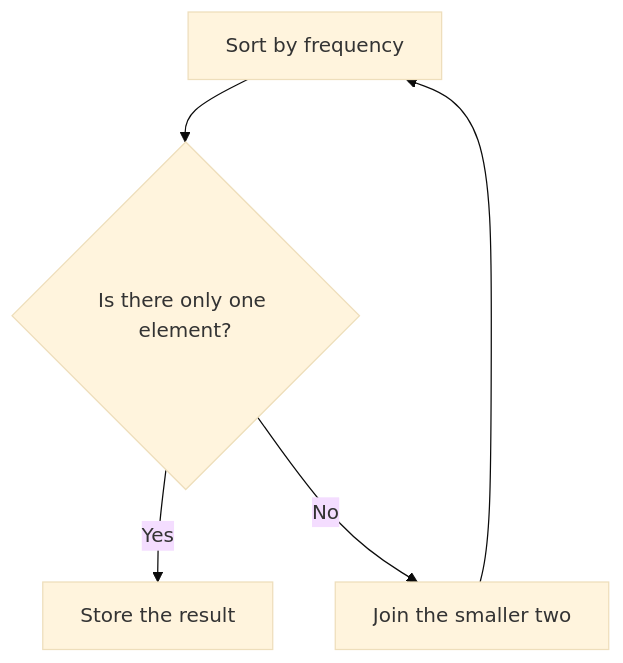
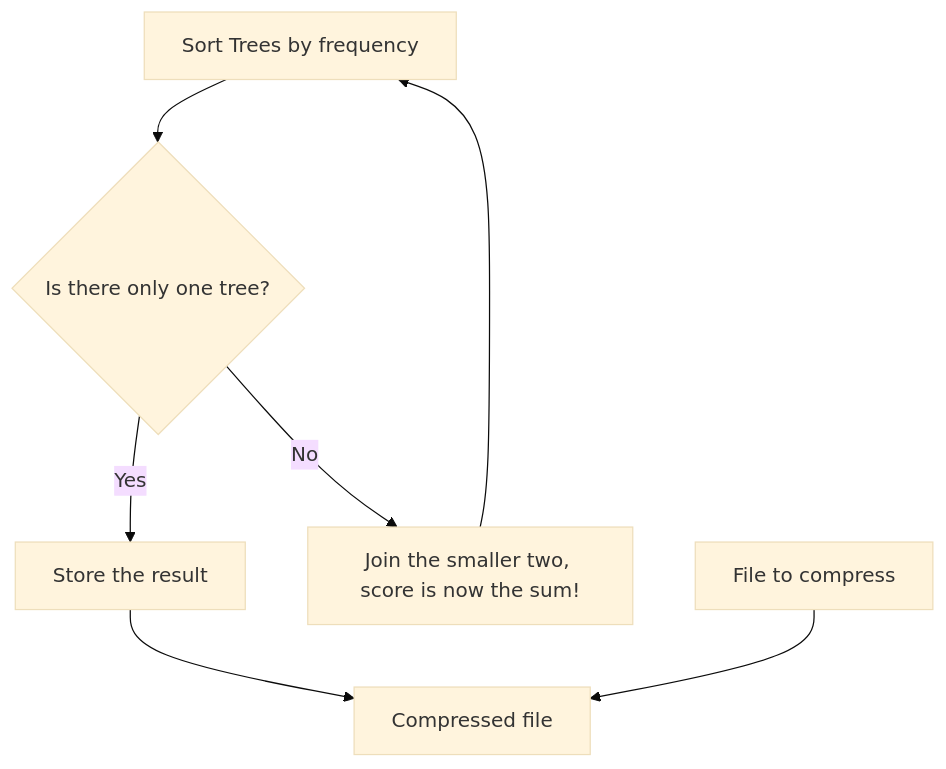
Before and after one commit to germaneagle0/Huffman-Algorithm: the diagram in README.md, drawn with Mermaid (base theme).

````diff
--- a/README.md
+++ b/README.md
@@ -3,7 +3,9 @@
 ```mermaid
 flowchart TD
-  A[Sort by frequency] --> B{Is there only one element?};
+  A[Sort Trees by frequency] --> B{Is there only one tree?};
   B -- Yes --> C[Store the result];
-  B -- No --> D[Join the smaller two];
+  B -- No --> D[Join the smaller two, score is now the sum!];
   D --> A;
+  C --> E[Compressed file]
+  F[File to compress] --> E
 ```
````
